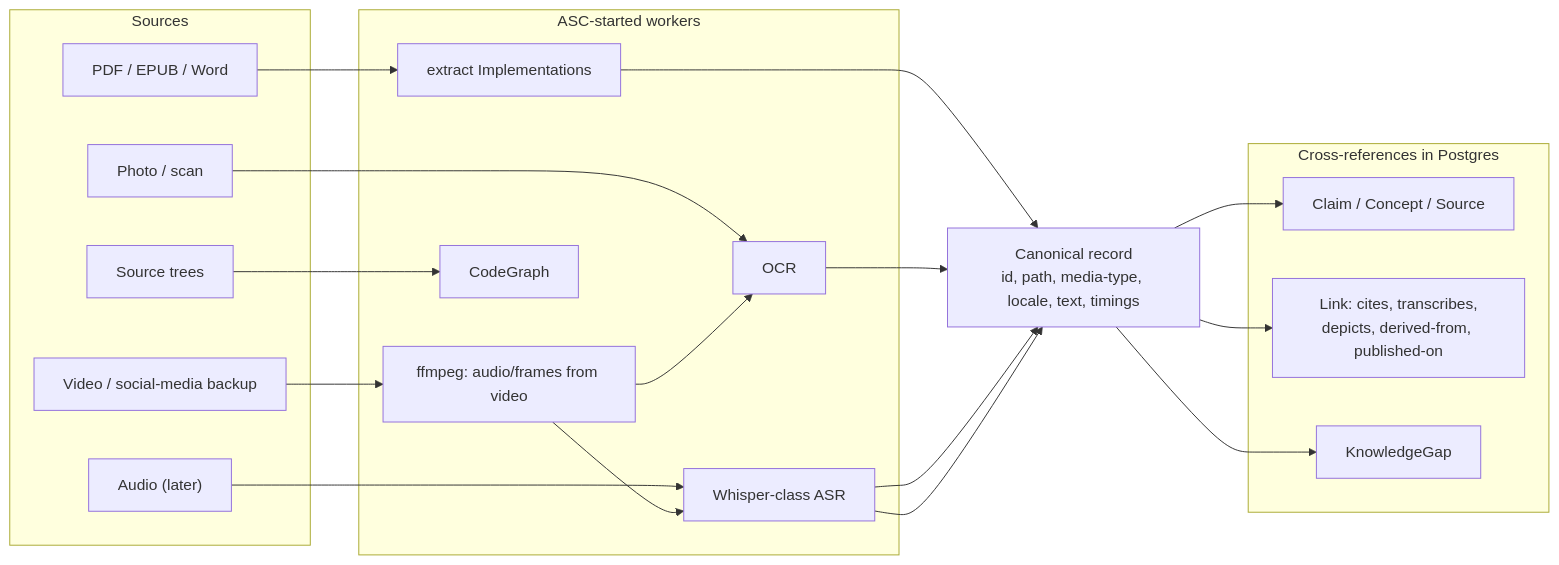
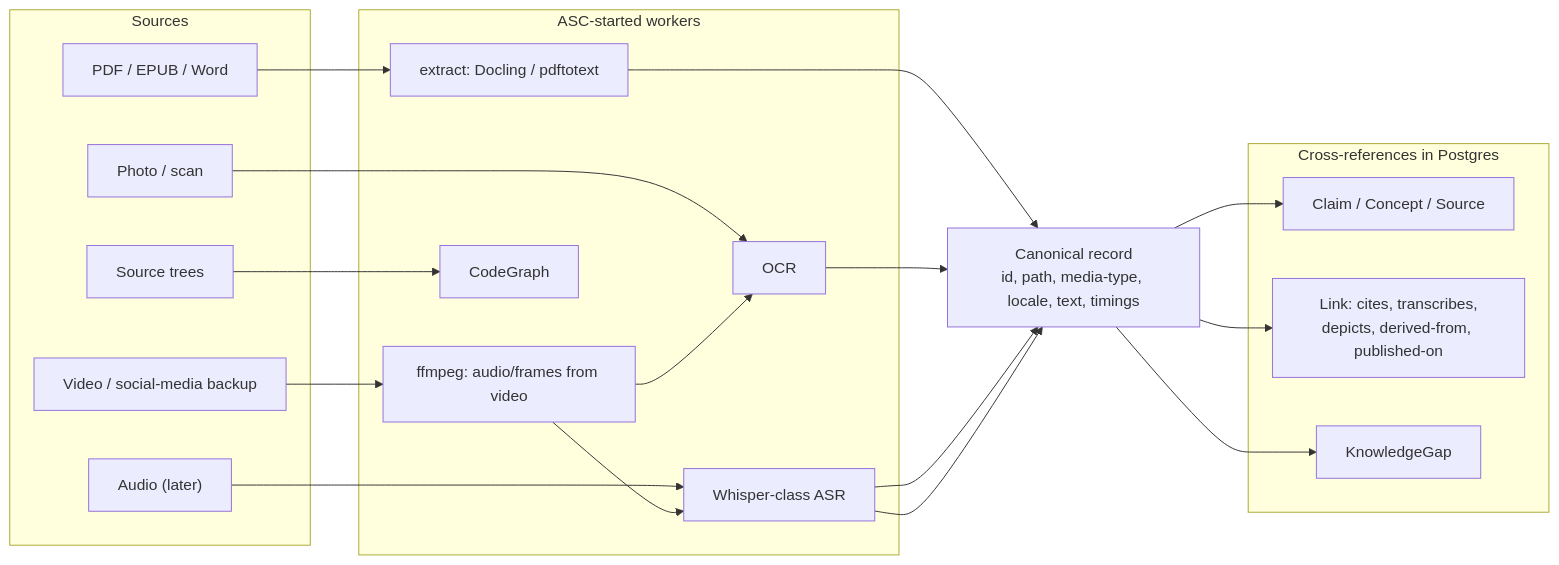
One commit to Paulmicha/projet-complexe-asc changed the eighth of 8 diagrams in data/ideas/2026/08/17-local-dev-stack-architecture.md. Above: the diagram before and after it, drawn with Mermaid. The commit also changed other lines of this file and 3 other files, not shown here.

Commit message:
Update data/ideas/2026/08/17-local-dev-stack-architecture.md + add data/ideas/2026/08/30-ocr-notes.md

````diff
--- a/data/ideas/2026/08/17-local-dev-stack-architecture.md
+++ b/data/ideas/2026/08/17-local-dev-stack-architecture.md
@@ -476,37 +492,37 @@
 ```mermaid
 flowchart LR
   subgraph sources["Sources"]
     PDF["PDF / EPUB / Word"]
     IMG["Photo / scan"]
     AUD["Audio (later)"]
     VID["Video / social-media backup"]
     CODE["Source trees"]
   end
 
   subgraph jobs["ASC-started workers"]
-    T["extract Implementations"]
+    T["extract: Docling / pdftotext"]
     O["OCR"]
     W["Whisper-class ASR"]
     F["ffmpeg: audio/frames from video"]
     CG["CodeGraph"]
   end
 
   C["Canonical record<br/>id, path, media-type, locale, text, timings"]
 
   subgraph xref["Cross-references in Postgres"]
     E["Claim / Concept / Source"]
     R["Link: cites, transcribes,<br/>depicts, derived-from, published-on"]
     G["KnowledgeGap"]
   end
 
   PDF --> T --> C
   IMG --> O --> C
   AUD --> W --> C
   VID --> F --> W
   F --> O
   W --> C
   C --> E
   C --> R
   C --> G
   CODE --> CG
 ```
````
